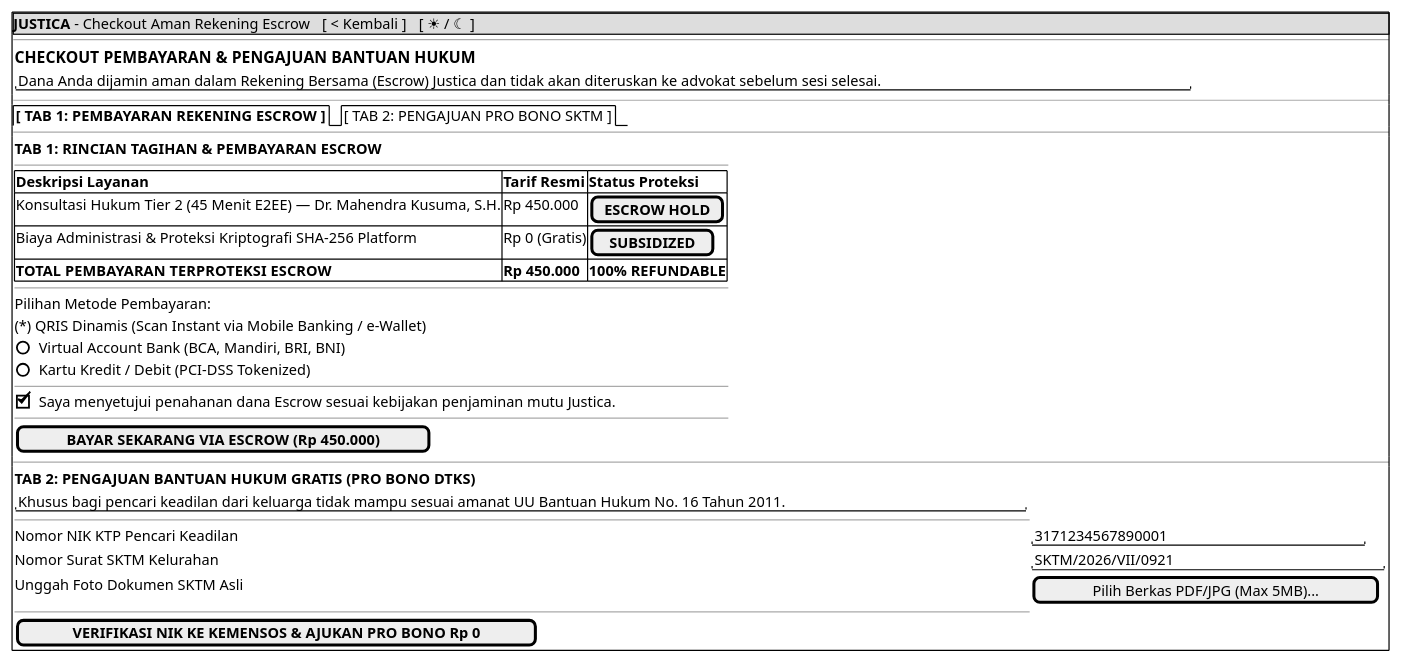
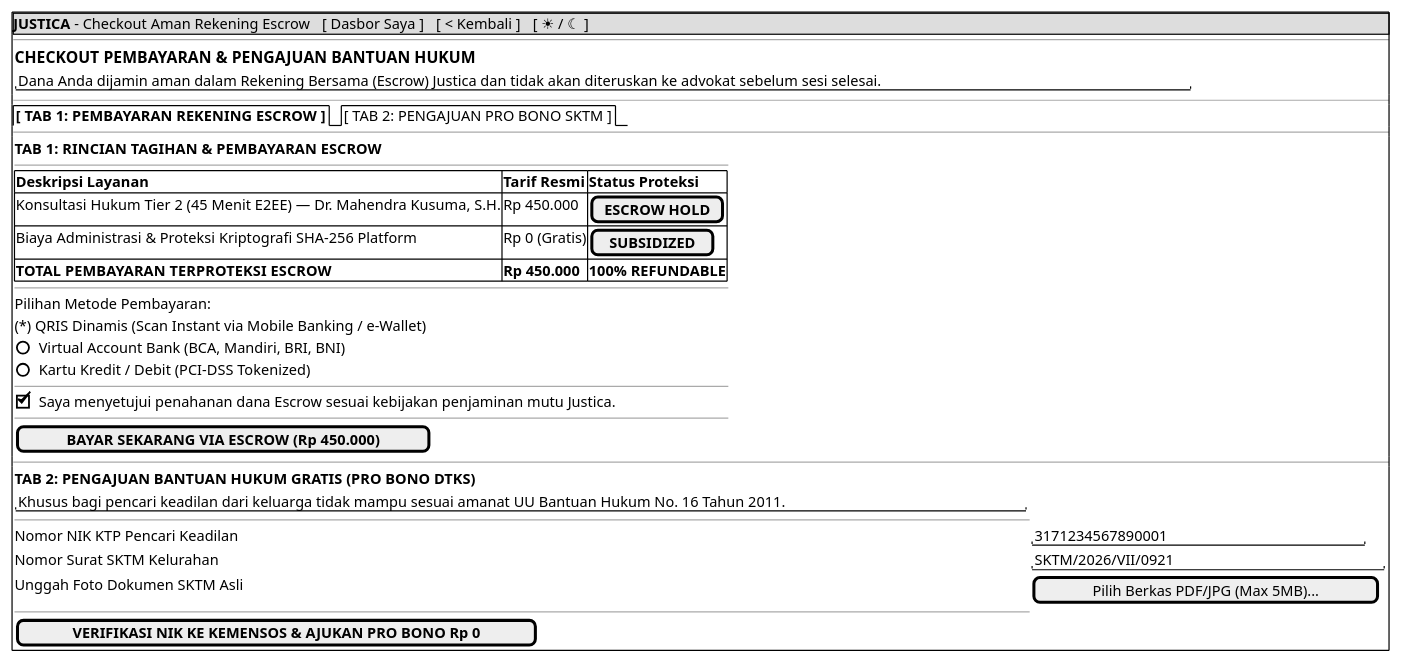
Before and after one commit to tupperwureism/SuperApp-Gagal: the diagram in JustifiqaMockups/mockup_ori/MOCK-J-CL-03_Checkout_Escrow_ProBono.md, drawn with PlantUML. The commit also changed other lines of this file and 21 other files, not shown here.

````diff
--- a/JustifiqaMockups/mockup_ori/MOCK-J-CL-03_Checkout_Escrow_ProBono.md
+++ b/JustifiqaMockups/mockup_ori/MOCK-J-CL-03_Checkout_Escrow_ProBono.md
@@ -17,45 +17,45 @@
 ```plantuml
 @startsalt
 {+
-  {* <b>JUSTICA</b> - Checkout Aman Rekening Escrow | [ < Kembali ] | [ ☀ / ☾ ] }
+  {* <b>JUSTICA</b> - Checkout Aman Rekening Escrow | [ Dasbor Saya ] | [ < Kembali ] | [ ☀ / ☾ ] }
   --
   {
     === CHECKOUT PEMBAYARAN & PENGAJUAN BANTUAN HUKUM
     "Dana Anda dijamin aman dalam Rekening Bersama (Escrow) Justica dan tidak akan diteruskan ke advokat sebelum sesi selesai."
   }
   --
   {/ <b>[ TAB 1: PEMBAYARAN REKENING ESCROW ]</b> | [ TAB 2: PENGAJUAN PRO BONO SKTM ] }
   --
   {
     <b>TAB 1: RINCIAN TAGIHAN & PEMBAYARAN ESCROW</b>
     --
     {#
       <b>Deskripsi Layanan</b> | <b>Tarif Resmi</b> | <b>Status Proteksi</b>
       Konsultasi Hukum Tier 2 (45 Menit E2EE) — Dr. Mahendra Kusuma, S.H. | Rp 450.000 | [ <b>ESCROW HOLD</b> ]
       Biaya Administrasi & Proteksi Kriptografi SHA-256 Platform       | Rp 0 (Gratis) | [ <b>SUBSIDIZED</b> ]
       <b>TOTAL PEMBAYARAN TERPROTEKSI ESCROW</b>                          | <b>Rp 450.000</b> | <b>100% REFUNDABLE</b>
     }
     --
     Pilihan Metode Pembayaran:
     (*) QRIS Dinamis (Scan Instant via Mobile Banking / e-Wallet)
     () Virtual Account Bank (BCA, Mandiri, BRI, BNI)
     () Kartu Kredit / Debit (PCI-DSS Tokenized)
     --
     [X] Saya menyetujui penahanan dana Escrow sesuai kebijakan penjaminan mutu Justica.
     --
     [  <b>BAYAR SEKARANG VIA ESCROW (Rp 450.000)</b>  ]
   }
   --
   {
     <b>TAB 2: PENGAJUAN BANTUAN HUKUM GRATIS (PRO BONO DTKS)</b>
     "Khusus bagi pencari keadilan dari keluarga tidak mampu sesuai amanat UU Bantuan Hukum No. 16 Tahun 2011."
     --
     Nomor NIK KTP Pencari Keadilan | "3171234567890001                  "
     Nomor Surat SKTM Kelurahan     | "SKTM/2026/VII/0921                  "
     Unggah Foto Dokumen SKTM Asli  | [ Pilih Berkas PDF/JPG (Max 5MB)... ]
     --
     [  <b>VERIFIKASI NIK KE KEMENSOS & AJUKAN PRO BONO Rp 0</b>  ]
   }
 }
 @endsalt
 ```
````
